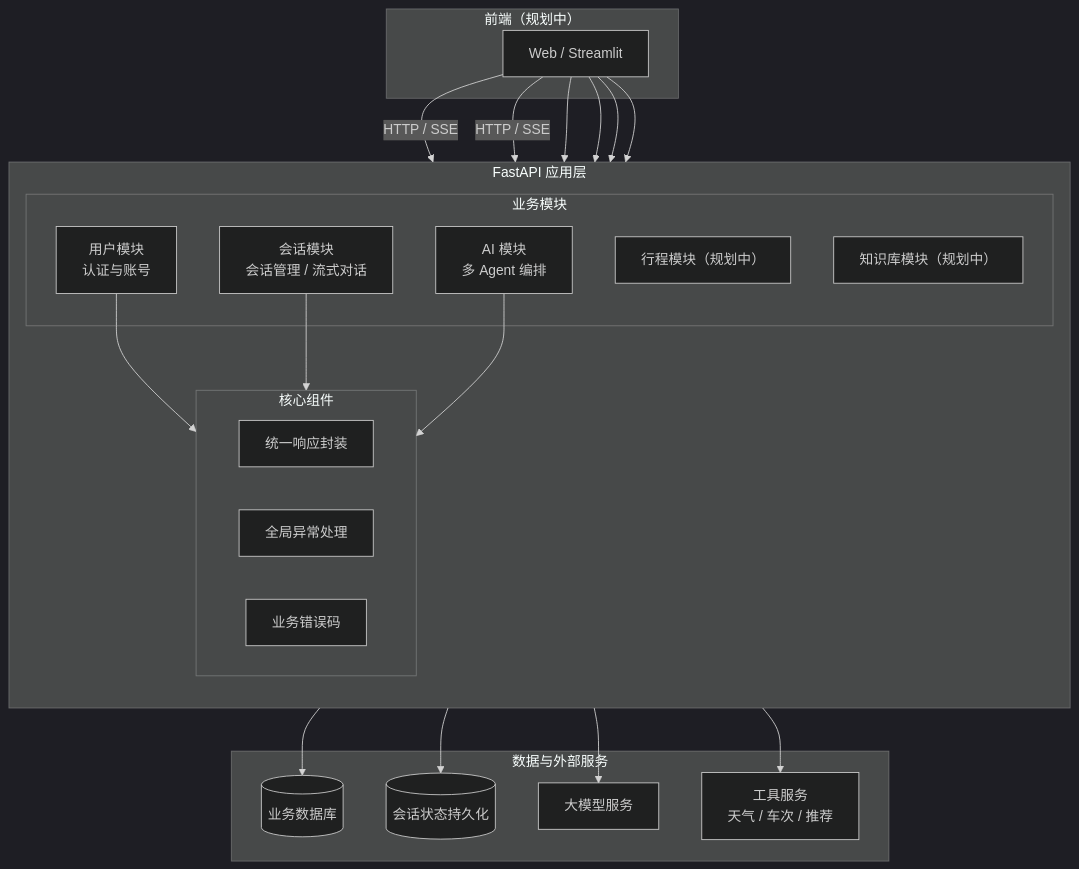
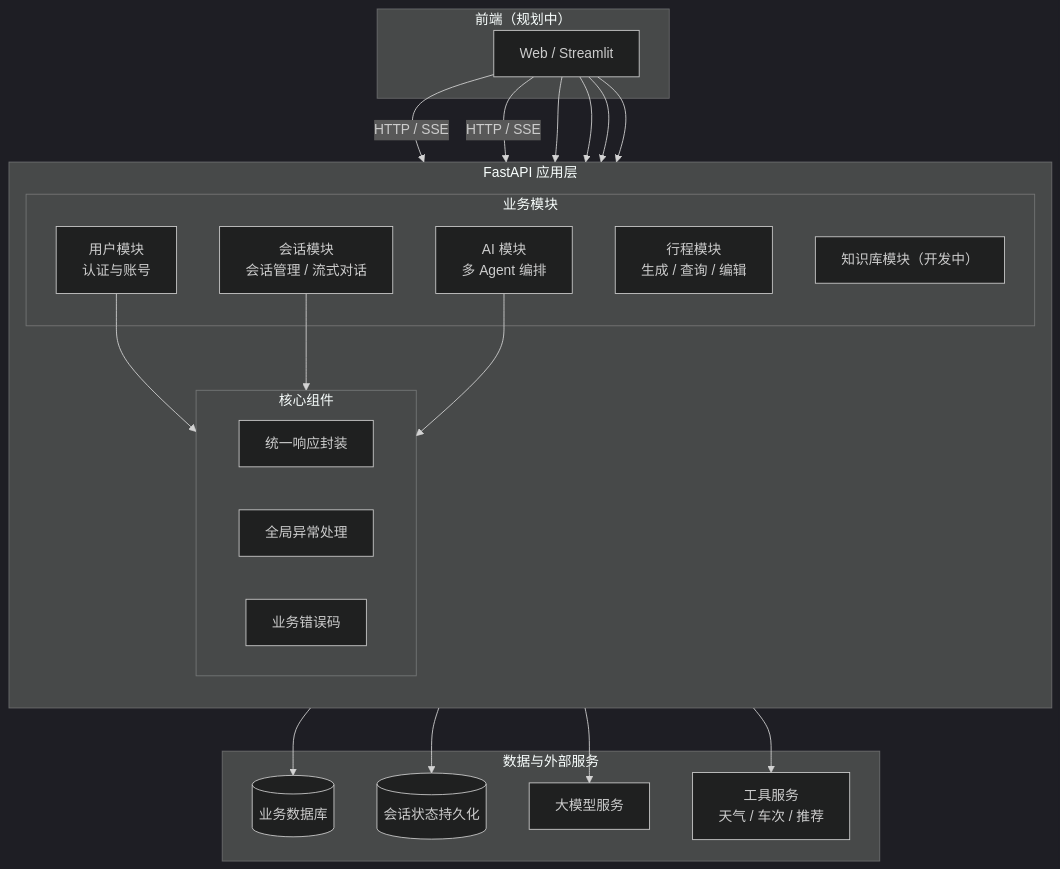
The first of 5 diagrams in README.md (Luoqiaocong/voyage), drawn with Mermaid (dark theme) before and after one commit. The commit also changed other lines of this file, not shown here.

First line of the commit message:
docs(readme): 更新开发路线图与模块进度状态

````diff
--- a/README.md
+++ b/README.md
@@ -29,43 +29,43 @@
 ```mermaid
 flowchart TB
     subgraph FE["前端（规划中）"]
         FE1["Web / Streamlit"]
     end
 
     subgraph API["FastAPI 应用层"]
         direction TB
         subgraph CORE["核心组件"]
             RT["统一响应封装"]
             EX["全局异常处理"]
             BC["业务错误码"]
         end
         subgraph MOD["业务模块"]
             AUTH["用户模块<br/>认证与账号"]
             CONV["会话模块<br/>会话管理 / 流式对话"]
             AGENT["AI 模块<br/>多 Agent 编排"]
-            ITIN["行程模块（规划中）"]
-            RAG["知识库模块（规划中）"]
+            ITIN["行程模块<br/>生成 / 查询 / 编辑"]
+            RAG["知识库模块（开发中）"]
         end
     end
 
     subgraph DATA["数据与外部服务"]
         DB[("业务数据库")]
         CP[("会话状态持久化")]
         LLM["大模型服务"]
         TOOLS["工具服务<br/>天气 / 车次 / 推荐"]
     end
 
     FE1 -->|HTTP / SSE| AUTH
     FE1 -->|HTTP / SSE| CONV
     FE1 --> AUTH
     FE1 --> CONV
     FE1 --> ITIN
     FE1 --> RAG
     AUTH --> CORE
     CONV --> CORE
     AGENT --> CORE
     CORE --> DB
     CONV --> CP
     AGENT --> LLM
     AGENT --> TOOLS
 ```
````
